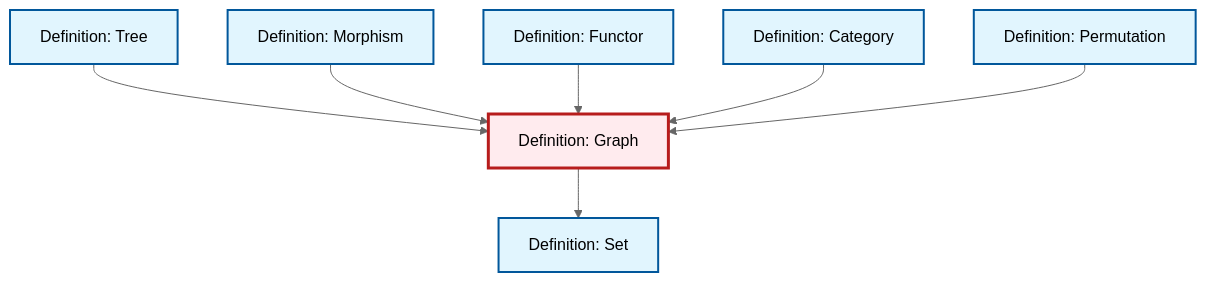
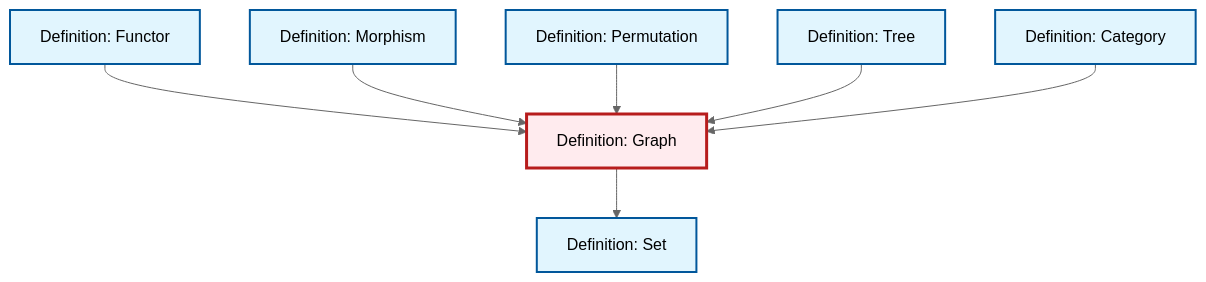
One commit to RK0429/ModernMath changed the diagram in content/en/combinatorics/def-graph.qmd. Above: the diagram before and after it, drawn with Mermaid (neutral theme). The commit also changed other lines of this file and 18 other files, not shown here.

````diff
--- a/content/en/combinatorics/def-graph.qmd
+++ b/content/en/combinatorics/def-graph.qmd
@@ -90,29 +92,29 @@
 ```{mermaid}
 %%| fig-cap: "Local dependency graph"
 graph TD
     classDef definition fill:#e1f5fe,stroke:#01579b,stroke-width:2px
     classDef theorem fill:#f3e5f5,stroke:#4a148c,stroke-width:2px
     classDef axiom fill:#fff3e0,stroke:#e65100,stroke-width:2px
     classDef example fill:#e8f5e9,stroke:#1b5e20,stroke-width:2px
     classDef current fill:#ffebee,stroke:#b71c1c,stroke-width:3px
+    def-graph["Definition: Graph"]:::definition
+    def-permutation["Definition: Permutation"]:::definition
+    def-category["Definition: Category"]:::definition
     def-functor["Definition: Functor"]:::definition
-    def-category["Definition: Category"]:::definition
     def-tree["Definition: Tree"]:::definition
     def-set["Definition: Set"]:::definition
-    def-permutation["Definition: Permutation"]:::definition
     def-morphism["Definition: Morphism"]:::definition
-    def-graph["Definition: Graph"]:::definition
+    def-functor --> def-graph
+    def-morphism --> def-graph
+    def-permutation --> def-graph
     def-graph --> def-set
     def-tree --> def-graph
-    def-morphism --> def-graph
-    def-functor --> def-graph
     def-category --> def-graph
-    def-permutation --> def-graph
     class def-graph current
+    click def-permutation "def-permutation.html" "Go to Permutation definition"
+    click def-category "def-category.html" "Go to Category definition"
     click def-functor "def-functor.html" "Go to Functor definition"
-    click def-category "def-category.html" "Go to Category definition"
     click def-tree "def-tree.html" "Go to Tree definition"
     click def-set "def-set.html" "Go to Set definition"
-    click def-permutation "def-permutation.html" "Go to Permutation definition"
     click def-morphism "def-morphism.html" "Go to Morphism definition"
 ```
````
